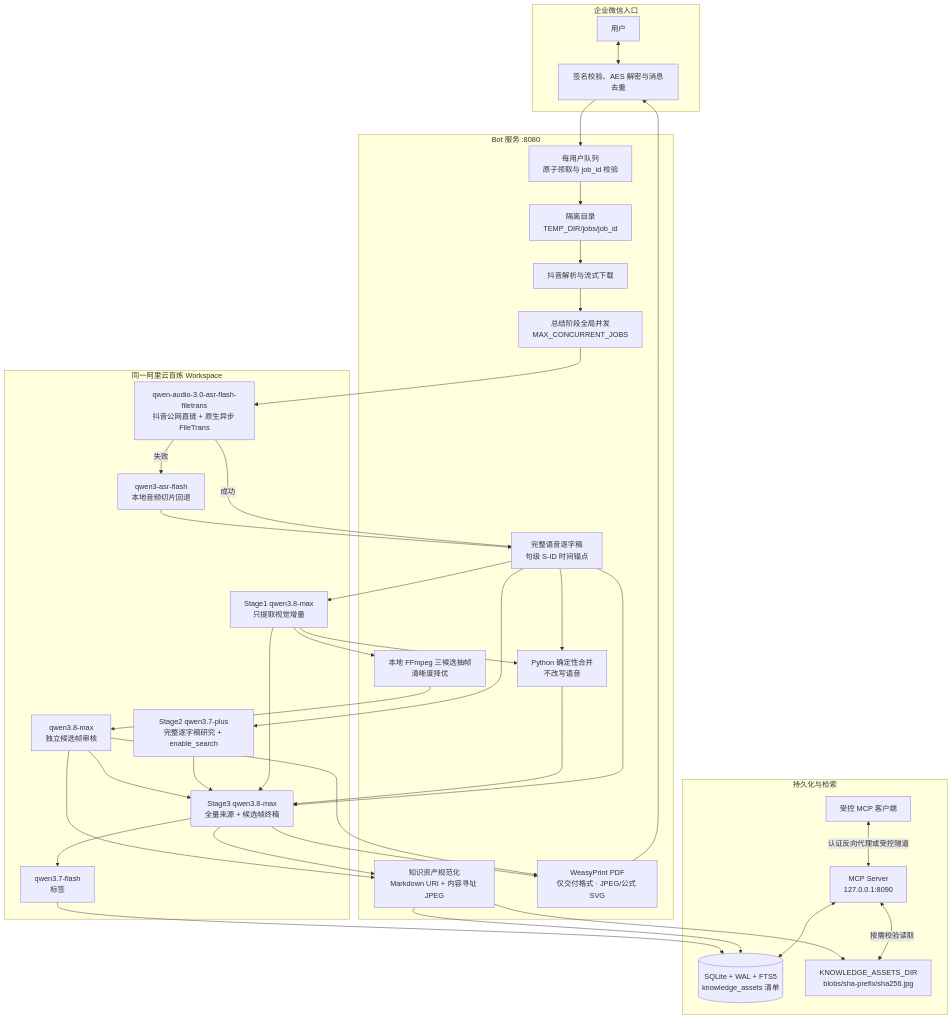
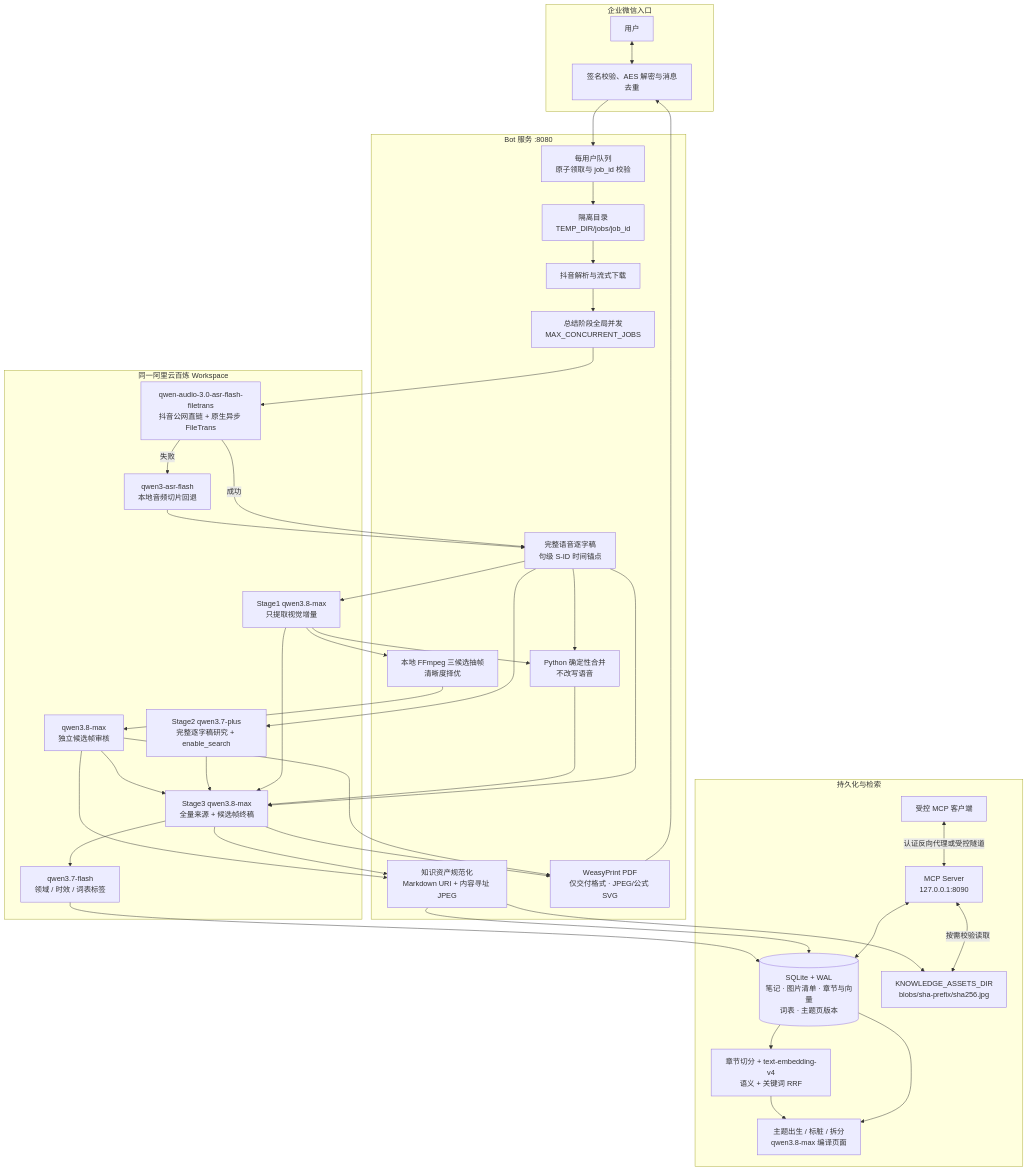
One commit to skepty2333/Douyin-full-stack-summarizer changed the diagram in PROJECT_DETAILS.md. Above: the diagram before and after it, drawn with Mermaid. The commit also changed other lines of this file and 1 other file, not shown here.

````diff
--- a/PROJECT_DETAILS.md
+++ b/PROJECT_DETAILS.md
@@ -27,71 +28,76 @@
 ```mermaid
 flowchart TD
     subgraph WeCom["企业微信入口"]
         User["用户"]
         Callback["签名校验、AES 解密与消息去重"]
         User <--> Callback
     end
 
     subgraph Bot["Bot 服务 :8080"]
         Queue["每用户队列<br/>原子领取与 job_id 校验"]
         JobGate["总结阶段全局并发<br/>MAX_CONCURRENT_JOBS"]
         JobDir["隔离目录<br/>TEMP_DIR/jobs/job_id"]
         Parser["抖音解析与流式下载"]
         Transcript["完整语音逐字稿<br/>句级 S-ID 时间锚点"]
         Merge["Python 确定性合并<br/>不改写语音"]
         FrameExtract["本地 FFmpeg 三候选抽帧<br/>清晰度择优"]
         AssetPersist["知识资产规范化<br/>Markdown URI + 内容寻址 JPEG"]
         PDF["WeasyPrint PDF<br/>仅交付格式 · JPEG/公式 SVG"]
 
         Callback --> Queue
         Queue --> JobDir
         JobDir --> Parser
         Parser --> JobGate
         PDF --> Callback
     end
 
     subgraph Bailian["同一阿里云百炼 Workspace"]
         ASR["qwen-audio-3.0-asr-flash-filetrans<br/>抖音公网直链 + 原生异步 FileTrans"]
         ASRFallback["qwen3-asr-flash<br/>本地音频切片回退"]
         Visual["Stage1 qwen3.8-max<br/>只提取视觉增量"]
         Research["Stage2 qwen3.7-plus<br/>完整逐字稿研究 + enable_search"]
         FrameReview["qwen3.8-max<br/>独立候选帧审核"]
         Final["Stage3 qwen3.8-max<br/>全量来源 + 候选帧终稿"]
-        Tag["qwen3.7-flash<br/>标签"]
+        Tag["qwen3.7-flash<br/>领域 / 时效 / 词表标签"]
 
         ASR -->|"成功"| Transcript
         ASR -->|"失败"| ASRFallback --> Transcript
         Transcript --> Visual
         Transcript --> Research
         Transcript --> Merge
         Visual --> Merge
         Transcript --> Final
         Merge --> Final
         Visual --> Final
         Research --> Final
         FrameReview --> Final
         Final --> Tag
     end
 
     JobGate --> ASR
     Visual --> FrameExtract --> FrameReview
     FrameReview --> PDF
     Final --> AssetPersist
     FrameReview --> AssetPersist
 
     subgraph Data["持久化与检索"]
-        DB[("SQLite + WAL + FTS5<br/>knowledge_assets 清单")]
+        DB[("SQLite + WAL<br/>笔记 · 图片清单 · 章节与向量<br/>词表 · 主题页版本")]
         Blobs["KNOWLEDGE_ASSETS_DIR<br/>blobs/sha-prefix/sha256.jpg"]
+        Index["章节切分 + text-embedding-v4<br/>语义 + 关键词 RRF"]
+        Topics["主题出生 / 标脏 / 拆分<br/>qwen3.8-max 编译页面"]
         MCP["MCP Server<br/>127.0.0.1:8090"]
         Client["受控 MCP 客户端"]
 
+        DB --> Index
+        DB --> Topics
+        Index --> Topics
         MCP <--> DB
         MCP <-->|"按需校验读取"| Blobs
         Client <-->|"认证反向代理或受控隧道"| MCP
     end
 
     AssetPersist --> DB
     AssetPersist --> Blobs
     Tag --> DB
     Final --> PDF
 ```
````
